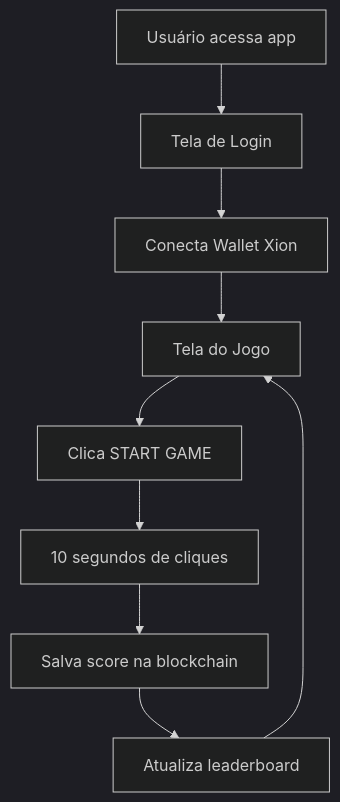
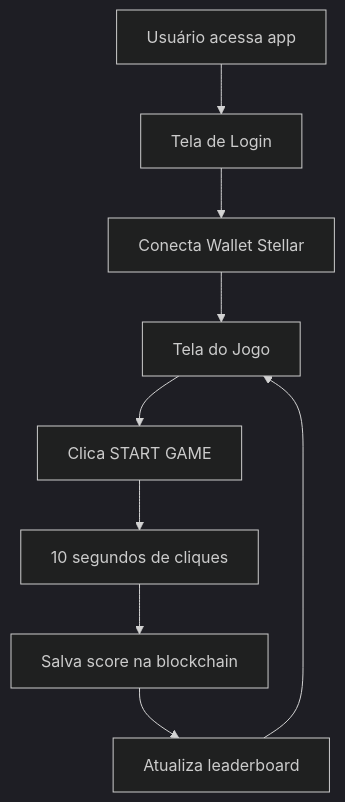
The diagram in workshop-2/aula2/tap-game/frontend/README.md (nrxschool/road-to-meridian), drawn with Mermaid (dark theme) before and after one commit. The commit also changed other lines of this file and 3 other files, not shown here.

First line of the commit message:
refactor: migrate from xion to stellar blockchain

````diff
--- a/workshop-2/aula2/tap-game/frontend/README.md
+++ b/workshop-2/aula2/tap-game/frontend/README.md
@@ -171,11 +171,11 @@
 ```mermaid
 graph TD
     A[Usuário acessa app] --> B[Tela de Login]
-    B --> C[Conecta Wallet Xion]
+    B --> C[Conecta Wallet Stellar]
     C --> D[Tela do Jogo]
     D --> E[Clica START GAME]
     E --> F[10 segundos de cliques]
     F --> G[Salva score na blockchain]
     G --> H[Atualiza leaderboard]
     H --> D
 ```
````
